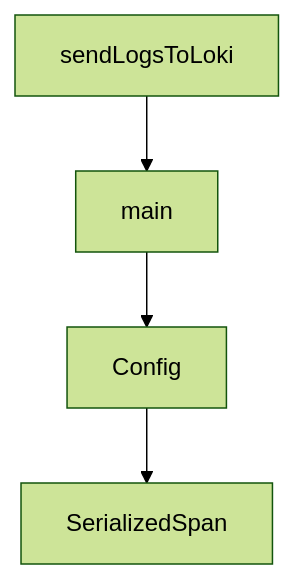
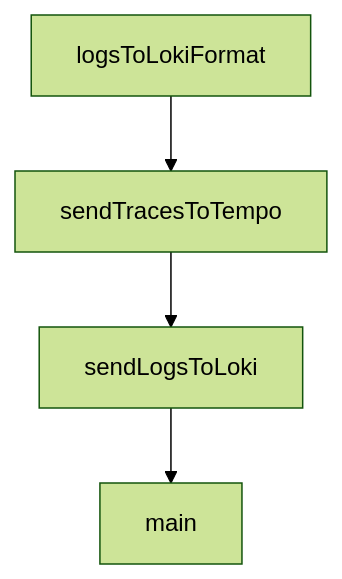
The diagram in tutorials/codemachine-cli-tutorial/03-workflow-design-patterns.md (johnxie/awesome-code-docs), drawn with Mermaid (forest theme) before and after one commit. The commit also changed other lines of this file and 1232 other files, not shown here.

````diff
--- a/tutorials/codemachine-cli-tutorial/03-workflow-design-patterns.md
+++ b/tutorials/codemachine-cli-tutorial/03-workflow-design-patterns.md
@@ -201,10 +199,10 @@
 ```mermaid
 flowchart TD
-    A[sendLogsToLoki]
-    B[main]
-    C[Config]
-    D[SerializedSpan]
+    A[logsToLokiFormat]
+    B[sendTracesToTempo]
+    C[sendLogsToLoki]
+    D[main]
     A --> B
     B --> C
     C --> D
 ```
````
